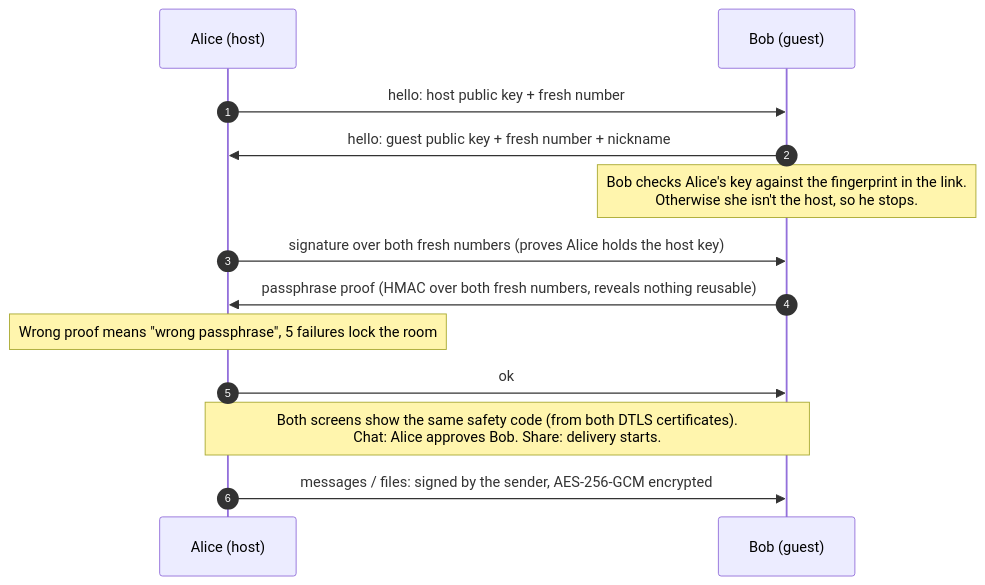
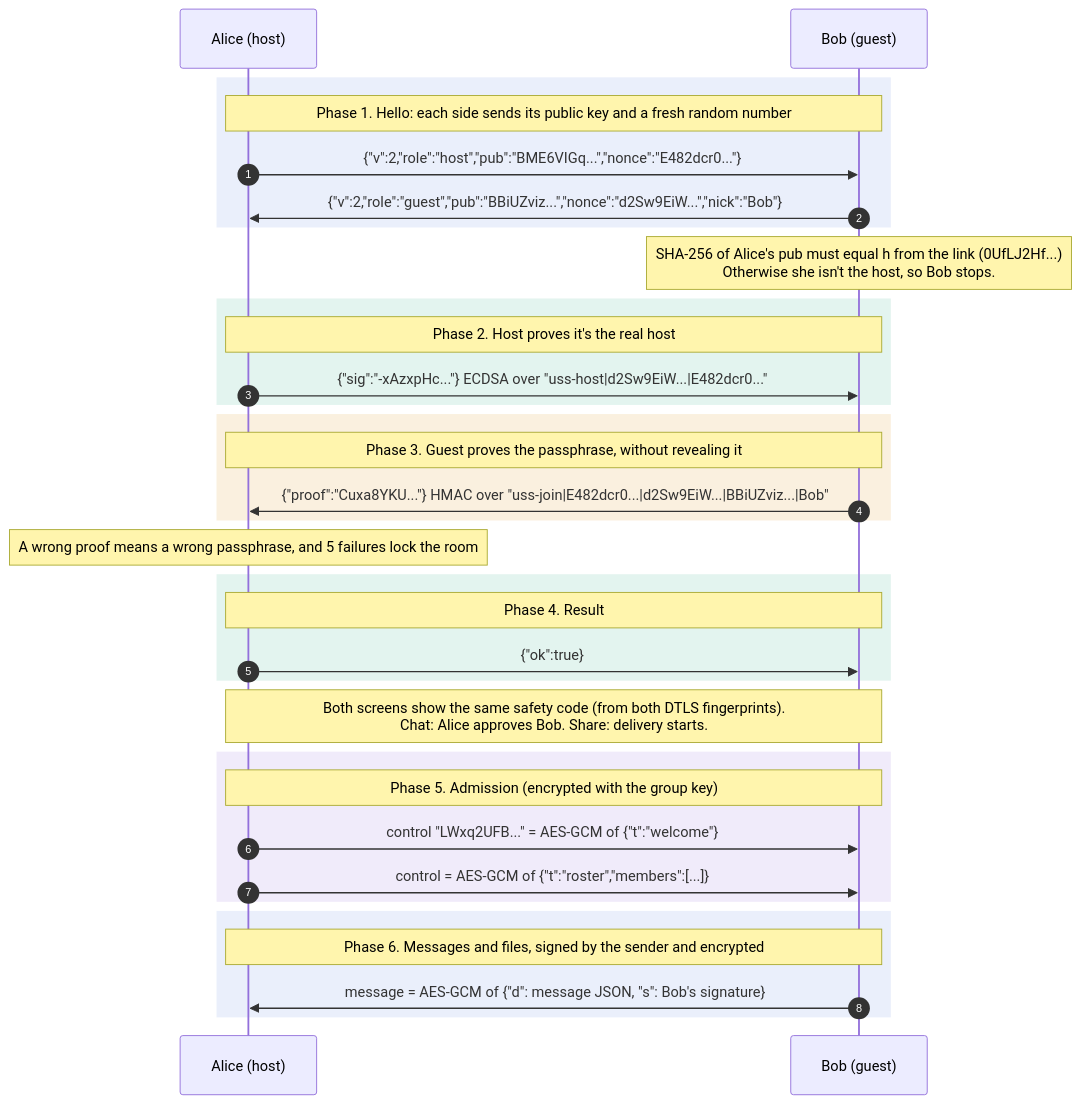
Before and after one commit to common-sec/secure-share: the fourth of 6 diagrams in docs/COMMUNICATION.md, drawn with Mermaid. The commit also changed other lines of this file and 4 other files, not shown here.

First line of the commit message:
Explain the connection step by step, with real message examples (#8)

````diff
--- a/docs/COMMUNICATION.md
+++ b/docs/COMMUNICATION.md
@@ -140,15 +394,41 @@
 ```mermaid
 sequenceDiagram
     autonumber
     participant A as Alice (host)
     participant B as Bob (guest)
-    A->>B: hello: host public key + fresh number
-    B->>A: hello: guest public key + fresh number + nickname
-    Note over B: Bob checks Alice's key against the fingerprint in the link.<br/>Otherwise she isn't the host, so he stops.
-    A->>B: signature over both fresh numbers (proves Alice holds the host key)
-    B->>A: passphrase proof (HMAC over both fresh numbers, reveals nothing reusable)
-    Note over A: Wrong proof means "wrong passphrase", 5 failures lock the room
-    A->>B: ok
-    Note over A,B: Both screens show the same safety code (from both DTLS certificates).<br/>Chat: Alice approves Bob. Share: delivery starts.
-    A->>B: messages / files: signed by the sender, AES-256-GCM encrypted
+
+    rect rgba(80, 120, 220, 0.12)
+    Note over A,B: Phase 1. Hello: each side sends its public key and a fresh random number
+    A->>B: {"v":2,"role":"host","pub":"BME6VIGq...","nonce":"E482dcr0..."}
+    B->>A: {"v":2,"role":"guest","pub":"BBiUZviz...","nonce":"d2Sw9EiW...","nick":"Bob"}
+    end
+    Note over B: SHA-256 of Alice's pub must equal h from the link (0UfLJ2Hf...)<br/>Otherwise she isn't the host, so Bob stops.
+
+    rect rgba(30, 160, 120, 0.12)
+    Note over A,B: Phase 2. Host proves it's the real host
+    A->>B: {"sig":"-xAzxpHc..."} ECDSA over "uss-host|d2Sw9EiW...|E482dcr0..."
+    end
+
+    rect rgba(220, 150, 30, 0.14)
+    Note over A,B: Phase 3. Guest proves the passphrase, without revealing it
+    B->>A: {"proof":"Cuxa8YKU..."} HMAC over "uss-join|E482dcr0...|d2Sw9EiW...|BBiUZviz...|Bob"
+    end
+    Note over A: A wrong proof means a wrong passphrase, and 5 failures lock the room
+
+    rect rgba(30, 160, 120, 0.12)
+    Note over A,B: Phase 4. Result
+    A->>B: {"ok":true}
+    end
+    Note over A,B: Both screens show the same safety code (from both DTLS fingerprints).<br/>Chat: Alice approves Bob. Share: delivery starts.
+
+    rect rgba(130, 90, 210, 0.12)
+    Note over A,B: Phase 5. Admission (encrypted with the group key)
+    A->>B: control "LWxq2UFB..." = AES-GCM of {"t":"welcome"}
+    A->>B: control = AES-GCM of {"t":"roster","members":[...]}
+    end
+
+    rect rgba(80, 120, 220, 0.12)
+    Note over A,B: Phase 6. Messages and files, signed by the sender and encrypted
+    B->>A: message = AES-GCM of {"d": message JSON, "s": Bob's signature}
+    end
 ```
````
